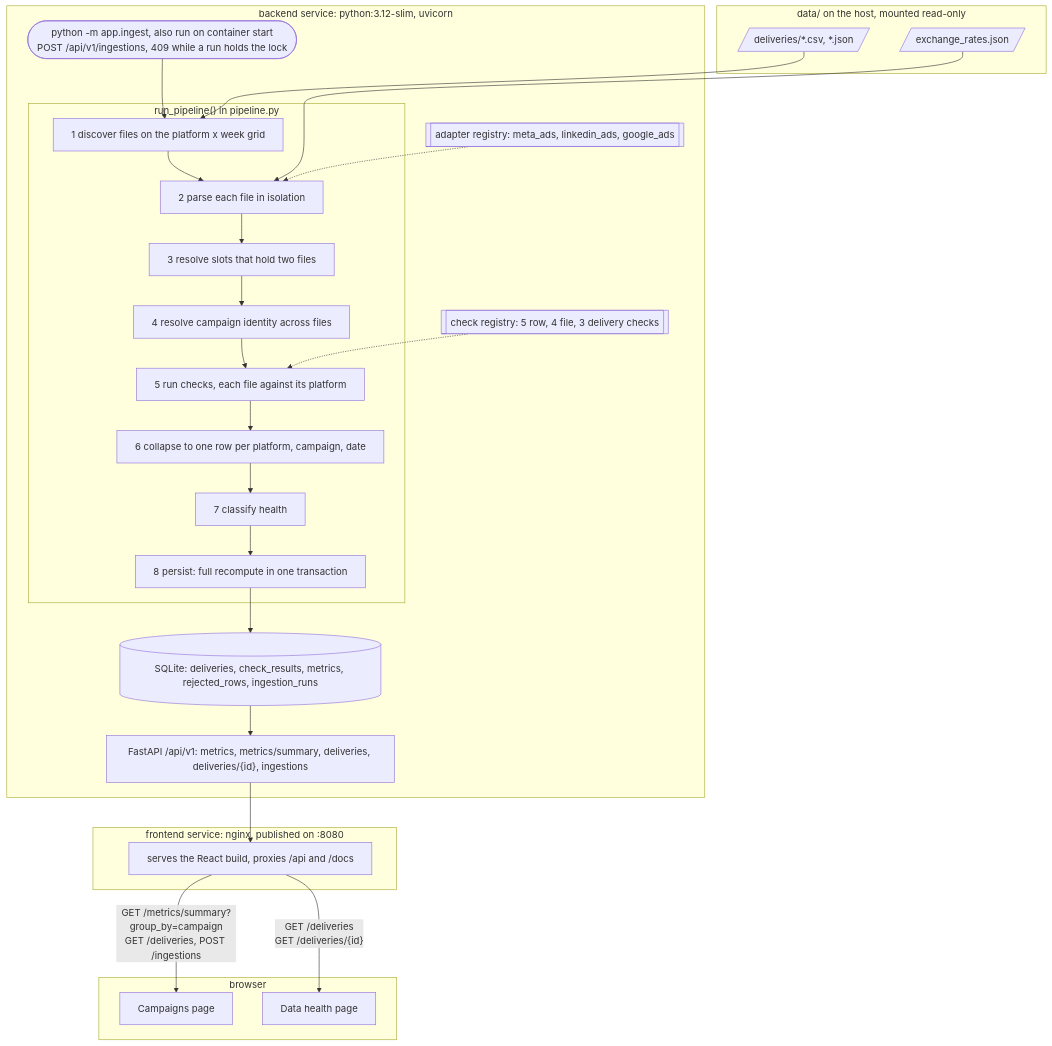
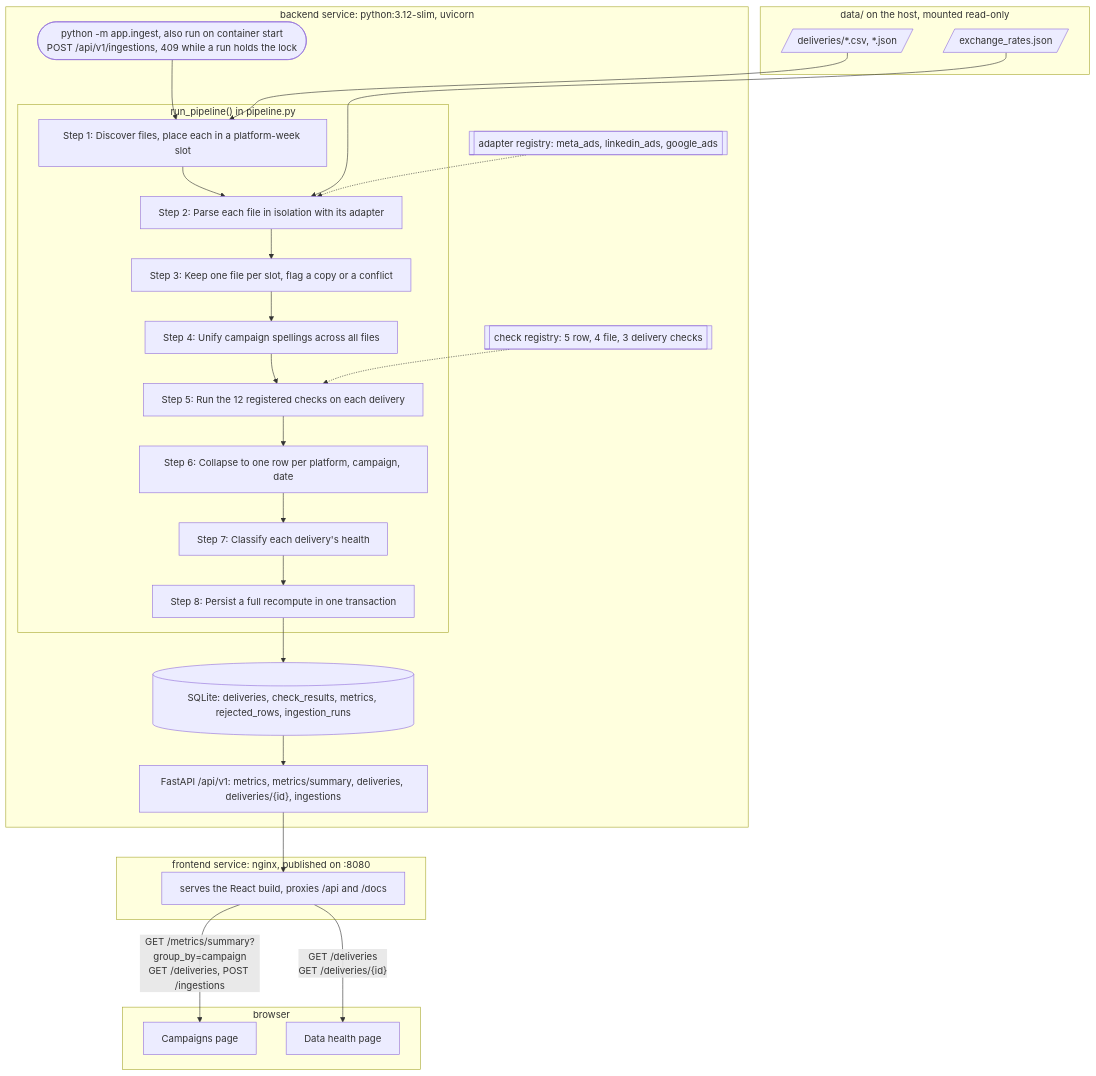
One commit to prakhartamta/campaign-data-hub changed the diagram in README.md. Above: the diagram before and after it, drawn with Mermaid. The commit also changed other lines of this file and 1 other file, not shown here.

First line of the commit message:
Stack the README screenshots, and finish the structure and diagram edits

````diff
--- a/README.md
+++ b/README.md
@@ -61,36 +69,36 @@
 ```mermaid
 %%{init: {"flowchart": {"wrappingWidth": 420}}}%%
 flowchart TB
     subgraph data["data/ on the host, mounted read-only"]
         files[/"deliveries/*.csv, *.json"/]
         rates[/"exchange_rates.json"/]
     end
     subgraph backend["backend service: python:3.12-slim, uvicorn"]
         trigger(["python -m app.ingest, also run on container start<br/>POST /api/v1/ingestions, 409 while a run holds the lock"])
         adapters[["adapter registry: meta_ads, linkedin_ads, google_ads"]]
         checks[["check registry: 5 row, 4 file, 3 delivery checks"]]
         subgraph pipeline["run_pipeline() in pipeline.py"]
-            p1["1 discover files on the platform x week grid"] --> p2["2 parse each file in isolation"]
-            p2 --> p3["3 resolve slots that hold two files"] --> p4["4 resolve campaign identity across files"]
-            p4 --> p5["5 run checks, each file against its platform"] --> p6["6 collapse to one row per platform, campaign, date"]
-            p6 --> p7["7 classify health"] --> p8["8 persist: full recompute in one transaction"]
+            p1["Step 1: Discover files, place each in a platform-week slot"] --> p2["Step 2: Parse each file in isolation with its adapter"]
+            p2 --> p3["Step 3: Keep one file per slot, flag a copy or a conflict"] --> p4["Step 4: Unify campaign spellings across all files"]
+            p4 --> p5["Step 5: Run the 12 registered checks on each delivery"] --> p6["Step 6: Collapse to one row per platform, campaign, date"]
+            p6 --> p7["Step 7: Classify each delivery's health"] --> p8["Step 8: Persist a full recompute in one transaction"]
         end
         db[("SQLite: deliveries, check_results, metrics, rejected_rows, ingestion_runs")]
         api["FastAPI /api/v1: metrics, metrics/summary, deliveries, deliveries/{id}, ingestions"]
     end
     subgraph frontend["frontend service: nginx, published on :8080"]
         nginx["serves the React build, proxies /api and /docs"]
     end
     subgraph browser["browser"]
         campaigns["Campaigns page"]
         health["Data health page"]
     end
     files --> p1
     rates --> p2
     trigger --> p1
     adapters -.-> p2
     checks -.-> p5
     p8 --> db --> api --> nginx
     nginx -- "GET /metrics/summary?group_by=campaign<br/>GET /deliveries, POST /ingestions" --> campaigns
     nginx -- "GET /deliveries<br/>GET /deliveries/{id}" --> health
 ```
````
